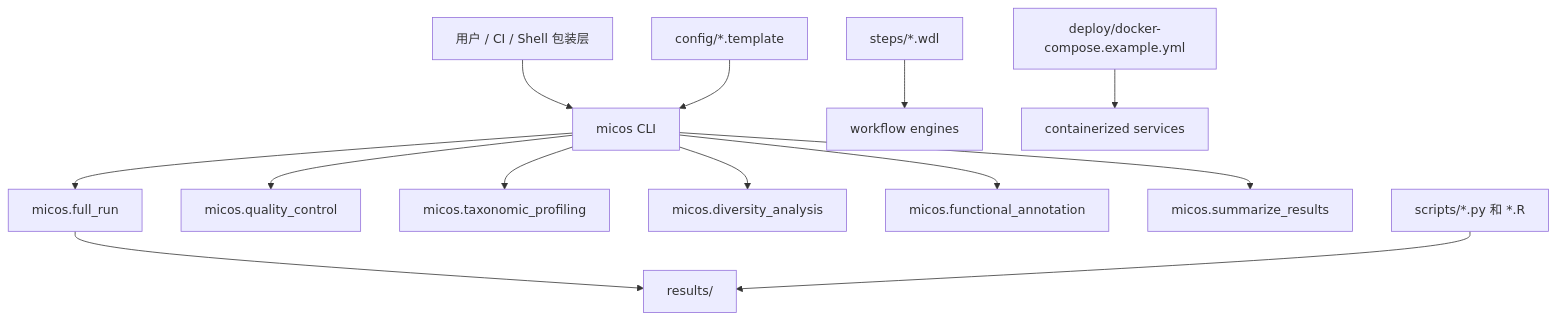
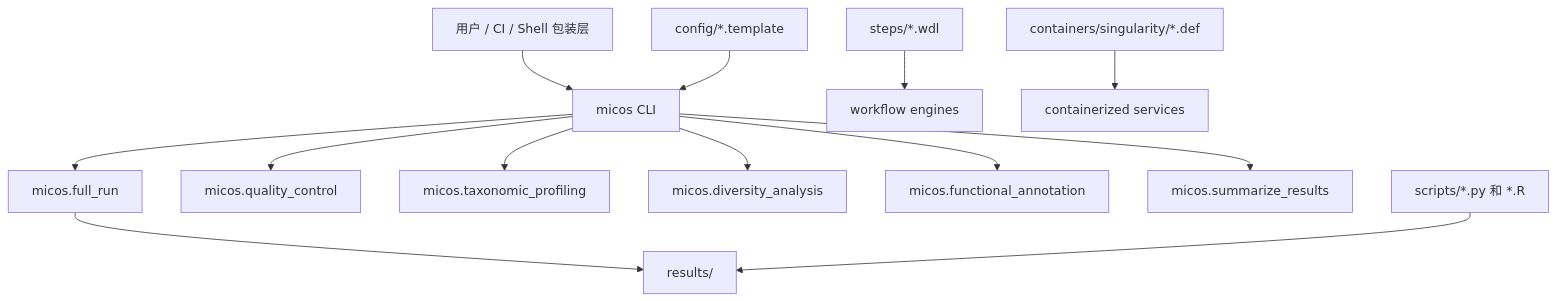
One commit to LessUp/micos-2024 changed the diagram in docs/zh/architecture/system-overview.md. Above: the diagram before and after it, drawn with Mermaid. The commit also changed other lines of this file and 48 other files, not shown here.

````diff
--- a/docs/zh/architecture/system-overview.md
+++ b/docs/zh/architecture/system-overview.md
@@ -34,15 +34,15 @@
 ```mermaid
 flowchart TB
     A[用户 / CI / Shell 包装层] --> B[micos CLI]
     B --> C[micos.full_run]
     B --> D[micos.quality_control]
     B --> E[micos.taxonomic_profiling]
     B --> F[micos.diversity_analysis]
     B --> G[micos.functional_annotation]
     B --> H[micos.summarize_results]
     C --> I[results/]
     J[config/*.template] --> B
     K[steps/*.wdl] --> L[workflow engines]
-    M[deploy/docker-compose.example.yml] --> N[containerized services]
+    M[containers/singularity/*.def] --> N[containerized services]
     O[scripts/*.py 和 *.R] --> I
 ```
````
